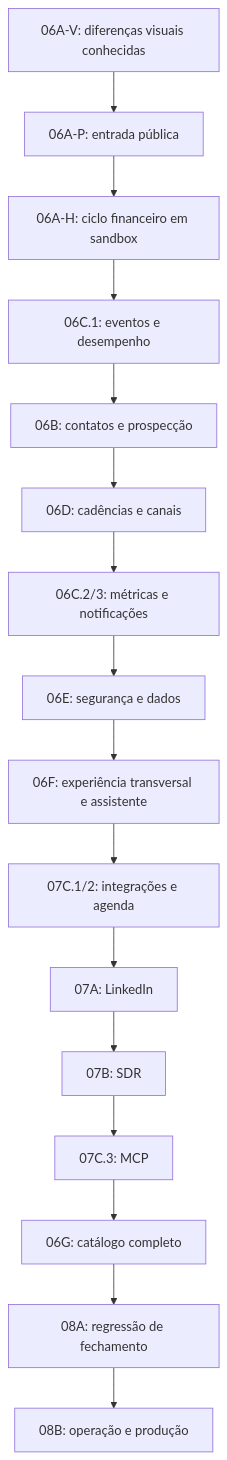
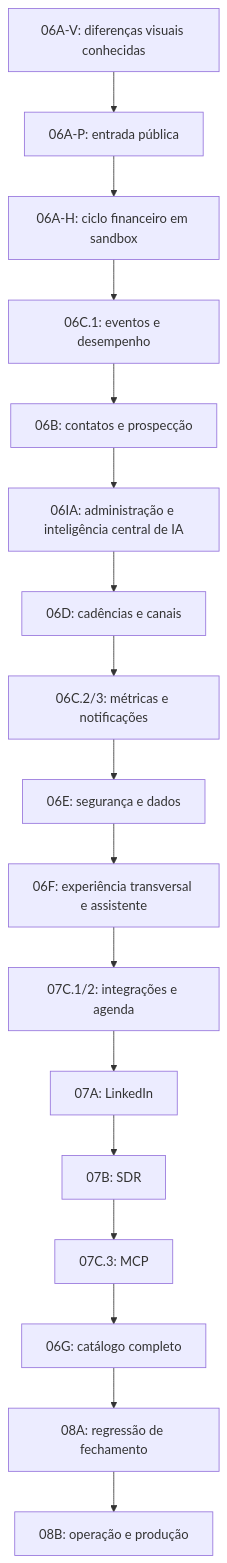
The diagram in docs/superpowers/plans/2026-10-26-prometeus-cadence-parity-closure.md (schultz0z0/Prometeus-Cadence), drawn with Mermaid before and after one commit. The commit also changed other lines of this file and 84 other files, not shown here.

````diff
--- a/docs/superpowers/plans/2026-10-26-prometeus-cadence-parity-closure.md
+++ b/docs/superpowers/plans/2026-10-26-prometeus-cadence-parity-closure.md
@@ -102,18 +102,19 @@
 ```mermaid
 flowchart TD
   V[06A-V: diferenças visuais conhecidas] --> P[06A-P: entrada pública]
   P --> H[06A-H: ciclo financeiro em sandbox]
   H --> C1[06C.1: eventos e desempenho]
   C1 --> B[06B: contatos e prospecção]
-  B --> D[06D: cadências e canais]
+  B --> IA[06IA: administração e inteligência central de IA]
+  IA --> D[06D: cadências e canais]
   D --> C23[06C.2/3: métricas e notificações]
   C23 --> E[06E: segurança e dados]
   E --> F[06F: experiência transversal e assistente]
   F --> I[07C.1/2: integrações e agenda]
   I --> L[07A: LinkedIn]
   L --> S[07B: SDR]
   S --> M[07C.3: MCP]
   M --> G[06G: catálogo completo]
   G --> A[08A: regressão de fechamento]
   A --> O[08B: operação e produção]
 ```
````
